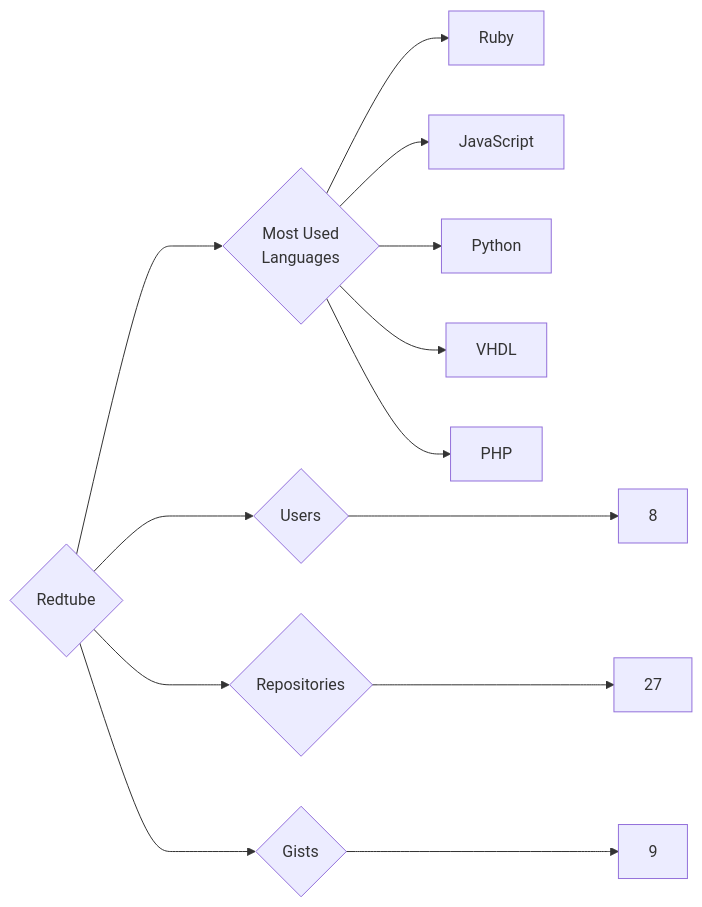
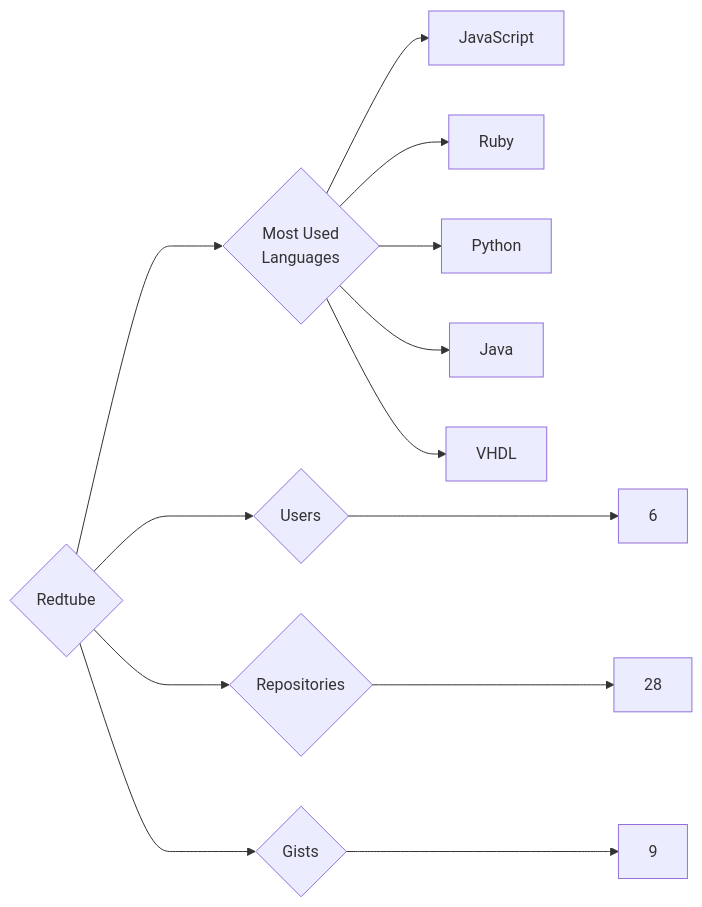
The diagram in targets/Redtube/README.md (trickest/insiders), drawn with Mermaid before and after one commit. The commit also changed 953 other files, not shown here.

````diff
--- a/targets/Redtube/README.md
+++ b/targets/Redtube/README.md
@@ -3,13 +3,13 @@
 ```mermaid
 graph LR
 COMPANY_NAME{Redtube}
-COMPANY_NAME ---> U{Users} ---> UN[8]
-COMPANY_NAME ---> R{Repositories} ---> RN[27]
+COMPANY_NAME ---> U{Users} ---> UN[6]
+COMPANY_NAME ---> R{Repositories} ---> RN[28]
 COMPANY_NAME ---> G{Gists} ---> GN[9]
 COMPANY_NAME ---> ML{Most Used<br>Languages}
+ML --> JavaScript[JavaScript]
 ML --> Ruby[Ruby]
-ML --> JavaScript[JavaScript]
 ML --> Python[Python]
+ML --> Java[Java]
 ML --> VHDL[VHDL]
-ML --> PHP[PHP]
 ```
````
